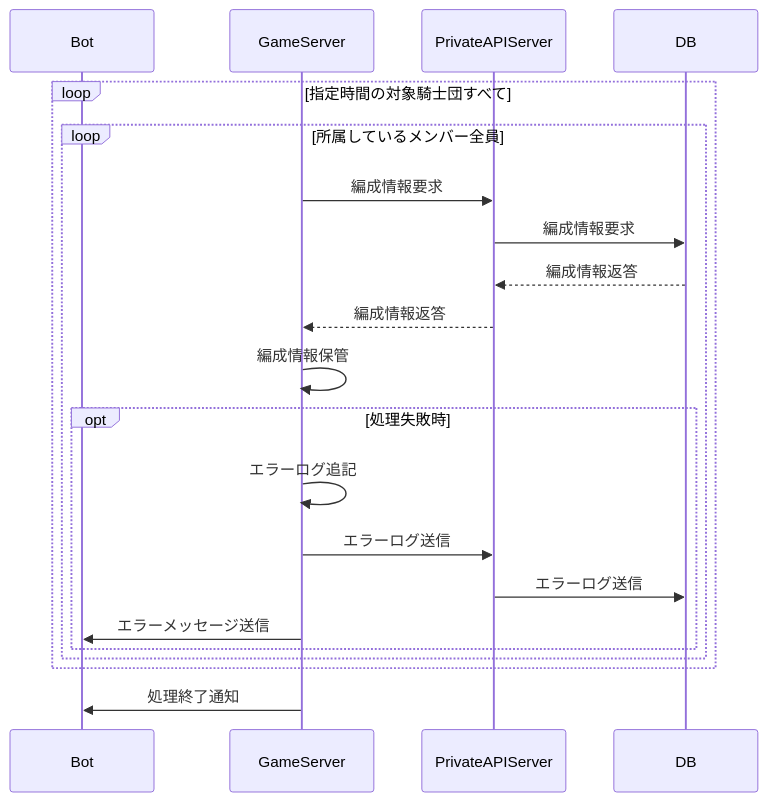
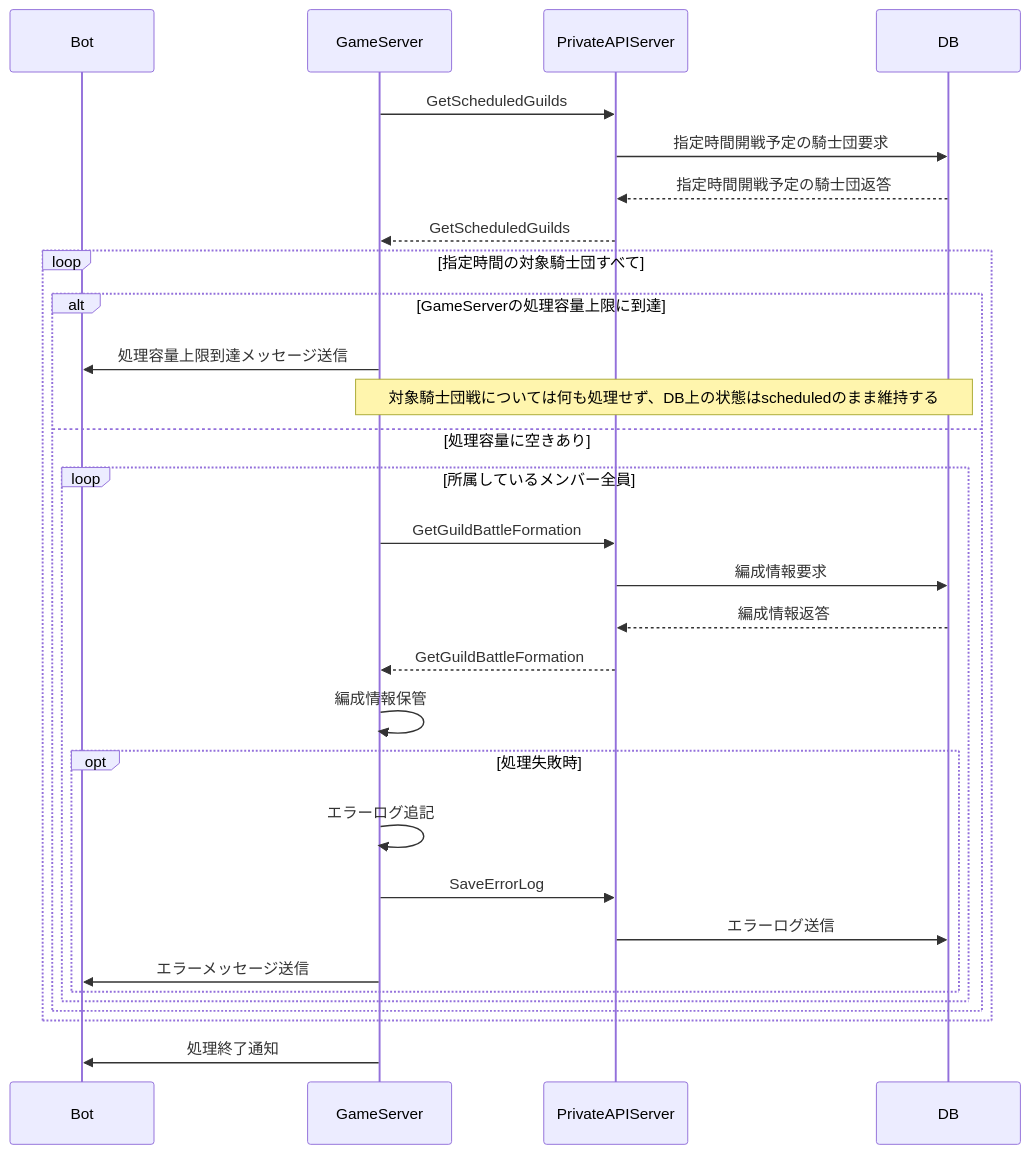
One commit to ReHydrangeaOdyssey/Specifications changed the sixth of 17 diagrams in guild_battle.md. Above: the diagram before and after it, drawn with Mermaid. The commit also changed other lines of this file and 15 other files, not shown here.

````diff
--- a/guild_battle.md
+++ b/guild_battle.md
@@ -602,26 +612,36 @@
 ```mermaid
 sequenceDiagram
     participant Bot
     participant GameServer
     participant PrivateAPIServer
     participant DB
 
+    GameServer->>PrivateAPIServer: GetScheduledGuilds
+    PrivateAPIServer->>DB: 指定時間開戦予定の騎士団要求
+    DB-->>PrivateAPIServer: 指定時間開戦予定の騎士団返答
+    PrivateAPIServer-->>GameServer: GetScheduledGuilds
+
     loop 指定時間の対象騎士団すべて
+        alt GameServerの処理容量上限に到達
+            GameServer->>Bot: 処理容量上限到達メッセージ送信
+            Note over GameServer,DB: 対象騎士団戦については何も処理せず、DB上の状態はscheduledのまま維持する
+        else 処理容量に空きあり
         loop 所属しているメンバー全員
-            GameServer->>PrivateAPIServer: 編成情報要求
+            GameServer->>PrivateAPIServer: GetGuildBattleFormation
             PrivateAPIServer->>DB: 編成情報要求
             DB-->>PrivateAPIServer: 編成情報返答
-            PrivateAPIServer-->>GameServer: 編成情報返答
+            PrivateAPIServer-->>GameServer: GetGuildBattleFormation
             GameServer->>GameServer: 編成情報保管
 
             opt 処理失敗時
                 GameServer->>GameServer: エラーログ追記
-                GameServer->>PrivateAPIServer: エラーログ送信
+                GameServer->>PrivateAPIServer: SaveErrorLog
                 PrivateAPIServer->>DB: エラーログ送信
                 GameServer->>Bot: エラーメッセージ送信
             end  
+        end
         end
     end
     
     GameServer->>Bot: 処理終了通知
 ```
````
